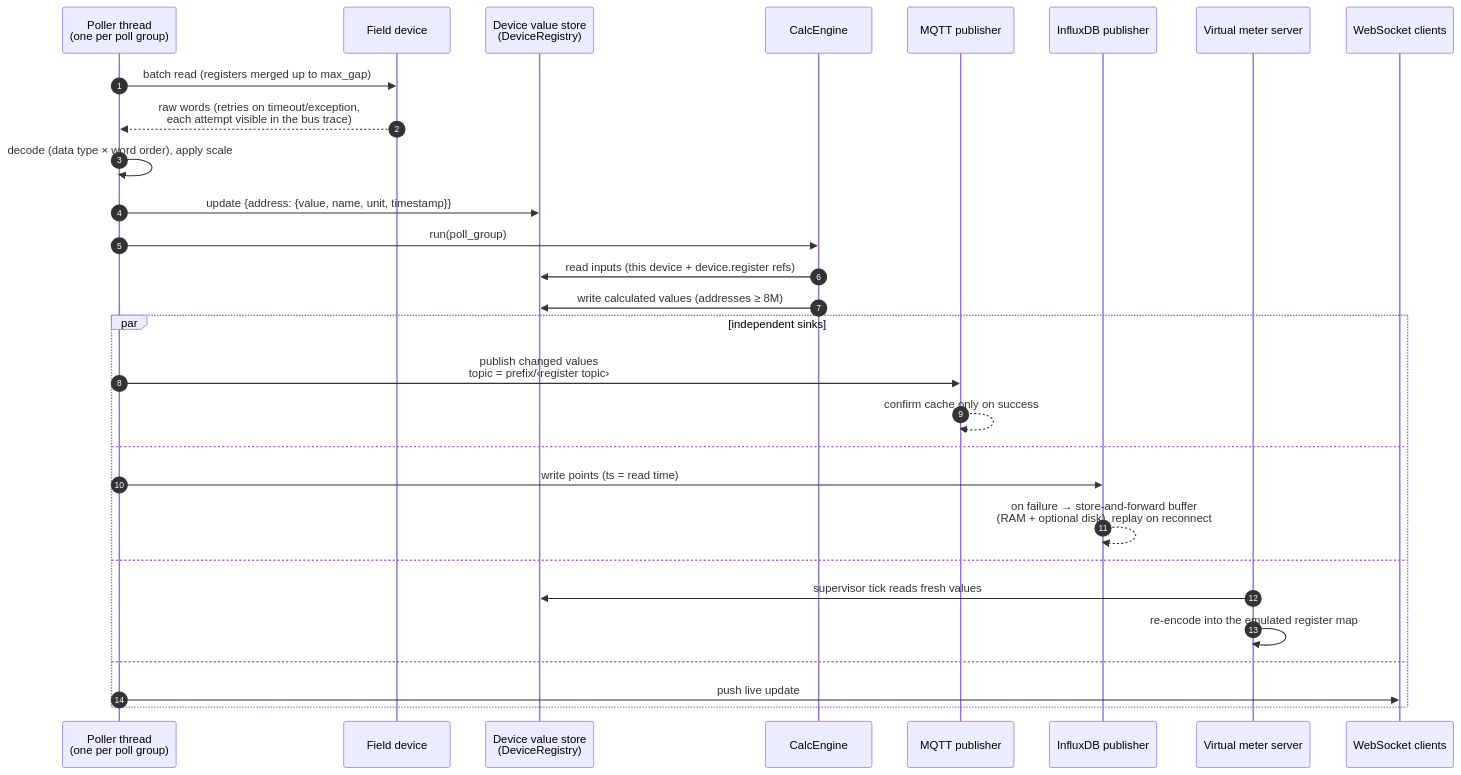
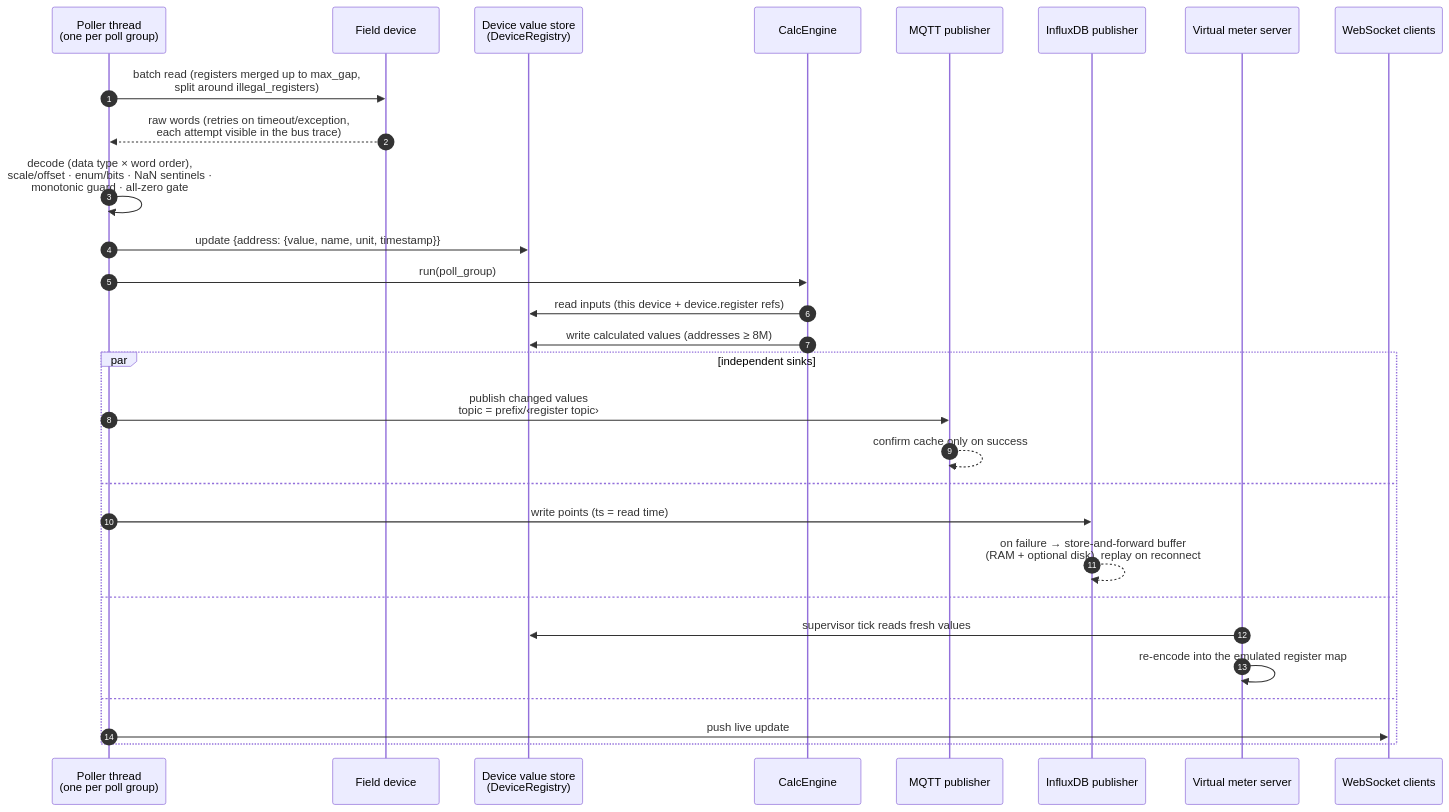
The second of 4 diagrams in docs/architecture.md (sm26449/multi-bus-gateway), drawn with Mermaid before and after one commit. The commit also changed other lines of this file and 10 other files, not shown here.

````diff
--- a/docs/architecture.md
+++ b/docs/architecture.md
@@ -153,32 +283,32 @@
 ```mermaid
 sequenceDiagram
     autonumber
     participant PG as Poller thread<br/>(one per poll group)
     participant DEV as Field device
     participant ST as Device value store<br/>(DeviceRegistry)
     participant CE as CalcEngine
     participant MQ as MQTT publisher
     participant IX as InfluxDB publisher
     participant VM as Virtual meter server
     participant WS as WebSocket clients
 
-    PG->>DEV: batch read (registers merged up to max_gap)
+    PG->>DEV: batch read (registers merged up to max_gap,<br/>split around illegal_registers)
     DEV-->>PG: raw words (retries on timeout/exception,<br/>each attempt visible in the bus trace)
-    PG->>PG: decode (data type × word order), apply scale
+    PG->>PG: decode (data type × word order),<br/>scale/offset · enum/bits · NaN sentinels ·<br/>monotonic guard · all-zero gate
     PG->>ST: update {address: {value, name, unit, timestamp}}
     PG->>CE: run(poll_group)
     CE->>ST: read inputs (this device + device.register refs)
     CE->>ST: write calculated values (addresses ≥ 8M)
     par independent sinks
         PG->>MQ: publish changed values<br/>topic = prefix/‹register topic›
         MQ-->>MQ: confirm cache only on success
     and
         PG->>IX: write points (ts = read time)
         IX-->>IX: on failure → store-and-forward buffer<br/>(RAM + optional disk), replay on reconnect
     and
         VM->>ST: supervisor tick reads fresh values
         VM->>VM: re-encode into the emulated register map
     and
         PG->>WS: push live update
     end
 ```
````
